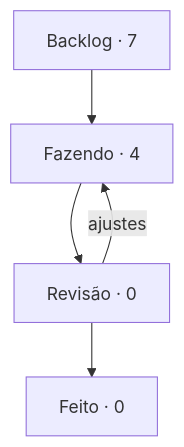
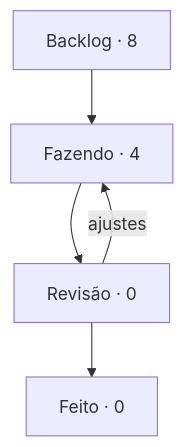
The diagram in boards/harness/BOARD.md (StudioVibi/VibiKanban), drawn with Mermaid before and after one commit. The commit also changed other lines of this file and 2 other files, not shown here.

````diff
--- a/boards/harness/BOARD.md
+++ b/boards/harness/BOARD.md
@@ -5,10 +5,10 @@
 ```mermaid
 flowchart TD
-  backlog["Backlog · 7"] --> doing["Fazendo · 4"]
+  backlog["Backlog · 8"] --> doing["Fazendo · 4"]
   doing --> review["Revisão · 0"]
   review --> done["Feito · 0"]
   review -->|ajustes| doing
   doing:::blue
   review:::yellow
   done:::green
 ```
````
